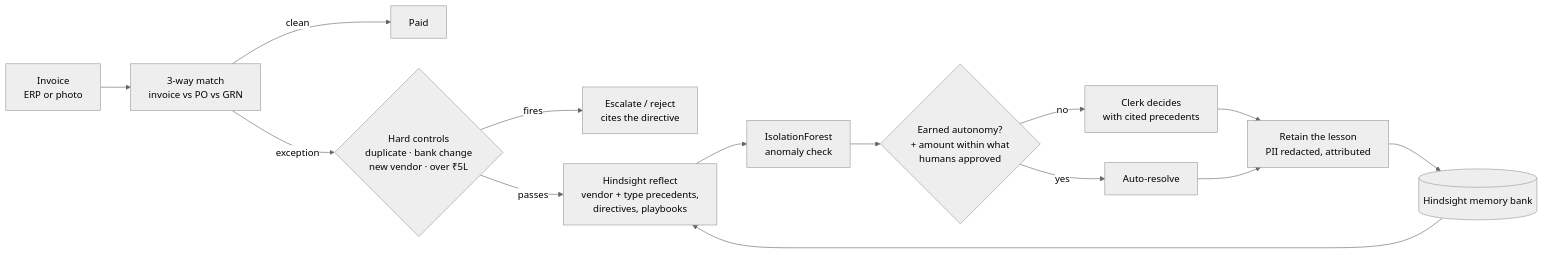
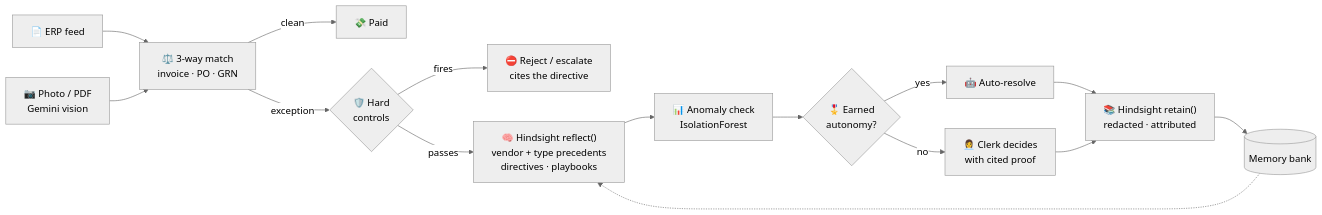
One commit to Eldorado5002/Claude_Coders4 changed the second of 3 diagrams in README.md. Above: the diagram before and after it, drawn with Mermaid (neutral theme). The commit also changed other lines of this file and 3 other files, not shown here.

Commit message:
polish readme with results chart

````diff
--- a/README.md
+++ b/README.md
@@ -49,16 +157,17 @@
 ```mermaid
 flowchart LR
-    I[Invoice<br/>ERP or photo] --> M[3-way match<br/>invoice vs PO vs GRN]
-    M -->|clean| P[Paid]
-    M -->|exception| G{Hard controls<br/>duplicate · bank change<br/>new vendor · over ₹5L}
-    G -->|fires| E[Escalate / reject<br/>cites the directive]
-    G -->|passes| R[Hindsight reflect<br/>vendor + type precedents,<br/>directives, playbooks]
-    R --> A[IsolationForest<br/>anomaly check]
-    A --> D{Earned autonomy?<br/>+ amount within what<br/>humans approved}
-    D -->|yes| AR[Auto-resolve]
-    D -->|no| C[Clerk decides<br/>with cited precedents]
-    C --> L[Retain the lesson<br/>PII redacted, attributed]
-    AR --> L
-    L --> H[(Hindsight memory bank)]
-    H --> R
+    ERP["📄 ERP feed"] --> MATCH
+    CAM["📷 Photo / PDF<br/>Gemini vision"] --> MATCH
+    MATCH["⚖️ 3-way match<br/>invoice · PO · GRN"] -->|clean| PAID["💸 Paid"]
+    MATCH -->|exception| HC{"🛡️ Hard<br/>controls"}
+    HC -->|fires| FORCE["⛔ Reject / escalate<br/>cites the directive"]
+    HC -->|passes| REF["🧠 Hindsight reflect()<br/>vendor + type precedents<br/>directives · playbooks"]
+    REF --> ML["📊 Anomaly check<br/>IsolationForest"]
+    ML --> AUTO{"🎖️ Earned<br/>autonomy?"}
+    AUTO -->|yes| AR["🤖 Auto-resolve"]
+    AUTO -->|no| HUMAN["👩‍💼 Clerk decides<br/>with cited proof"]
+    AR --> RET["📚 Hindsight retain()<br/>redacted · attributed"]
+    HUMAN --> RET
+    RET --> BANK[("Memory bank")]
+    BANK -.-> REF
 ```
````
